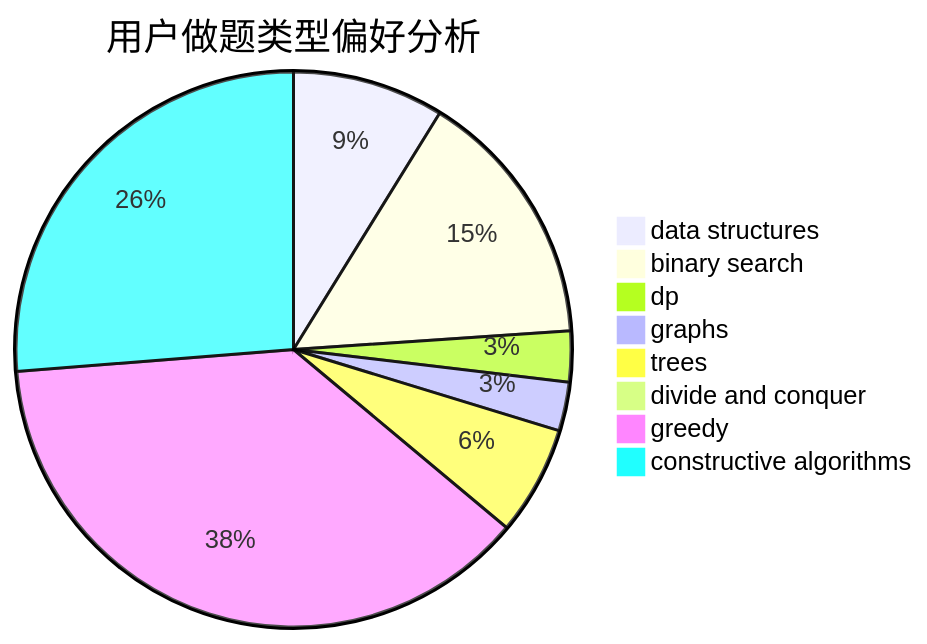
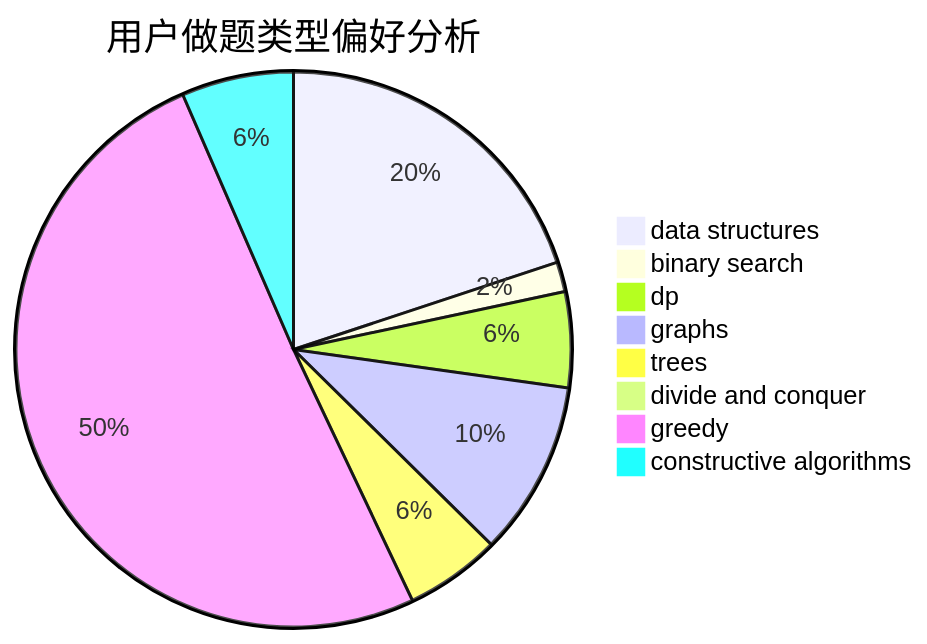
One commit to sherpahu/cfrs.github.io changed the second of 3 diagrams in docs/user/u215.md. Above: the diagram before and after it, drawn with Mermaid. The commit also changed other lines of this file and 2770 other files, not shown here.

````diff
--- a/docs/user/u215.md
+++ b/docs/user/u215.md
@@ -23,11 +23,11 @@
 ```mermaid
 pie title 用户做题类型偏好分析
-    "data structures" :  140
-    "binary search" :  240
-    "dp" :  47
-    "graphs" :  45
-    "trees" :  101
-    "divide and conquer" :  0
-    "greedy" :  598
-    "constructive algorithms" :  417
+    "data structures" :  229
+    "binary search" :  20
+    "dp" :  64
+    "graphs" :  117
+    "trees" :  64
+    "divide and conquer" :  10
+    "greedy" :  581
+    "constructive algorithms" :  75
 ```
````
